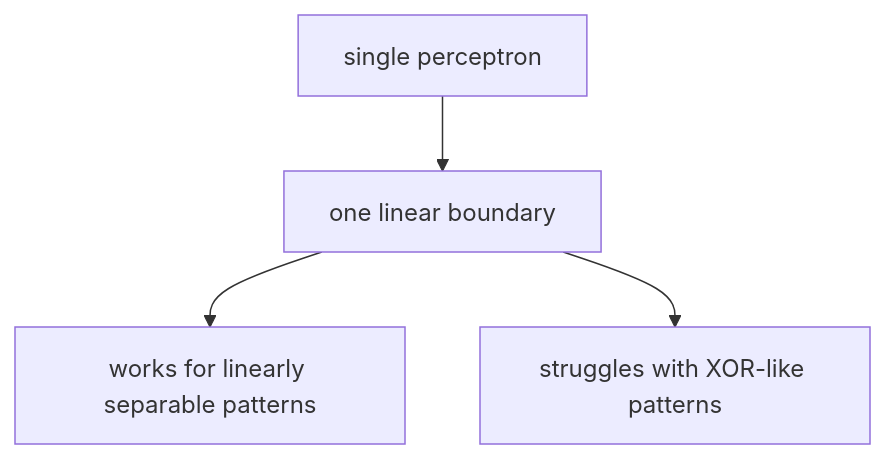
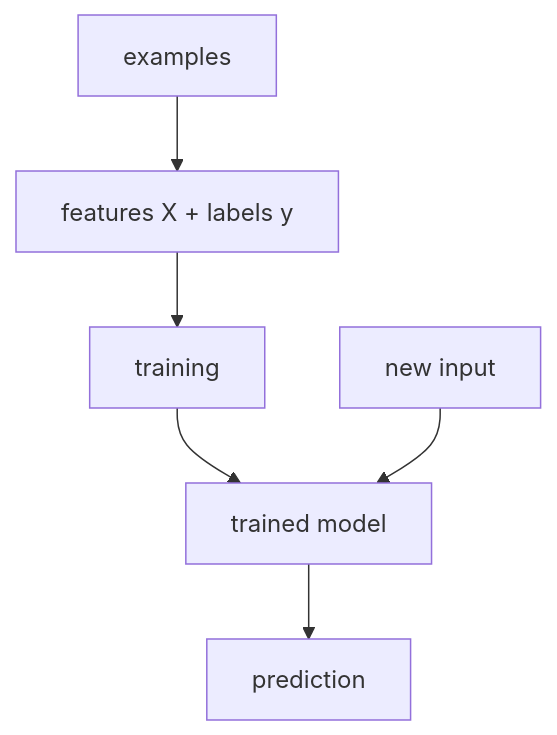
Before and after one commit to devchan64/AiBook: the second of 2 diagrams in docs/parts/part-04/chapter-01/section-02.md, drawn with Mermaid. The commit also changed other lines of this file and 213 other files, not shown here.

````diff
--- a/docs/parts/part-04/chapter-01/section-02.md
+++ b/docs/parts/part-04/chapter-01/section-02.md
@@ -181,10 +144,12 @@
 ```mermaid
-flowchart TB
-  A["single perceptron"]
-  B["one linear boundary"]
-  C["works for linearly separable patterns"]
-  D["struggles with XOR-like patterns"]
+flowchart TD
+  A["examples"]
+  B["features X + labels y"]
+  C["training"]
+  D["trained model"]
+  E["new input"]
+  F["prediction"]
 
-  A --> B --> C
-  B --> D
+  A --> B --> C --> D
+  E --> D --> F
 ```
````
